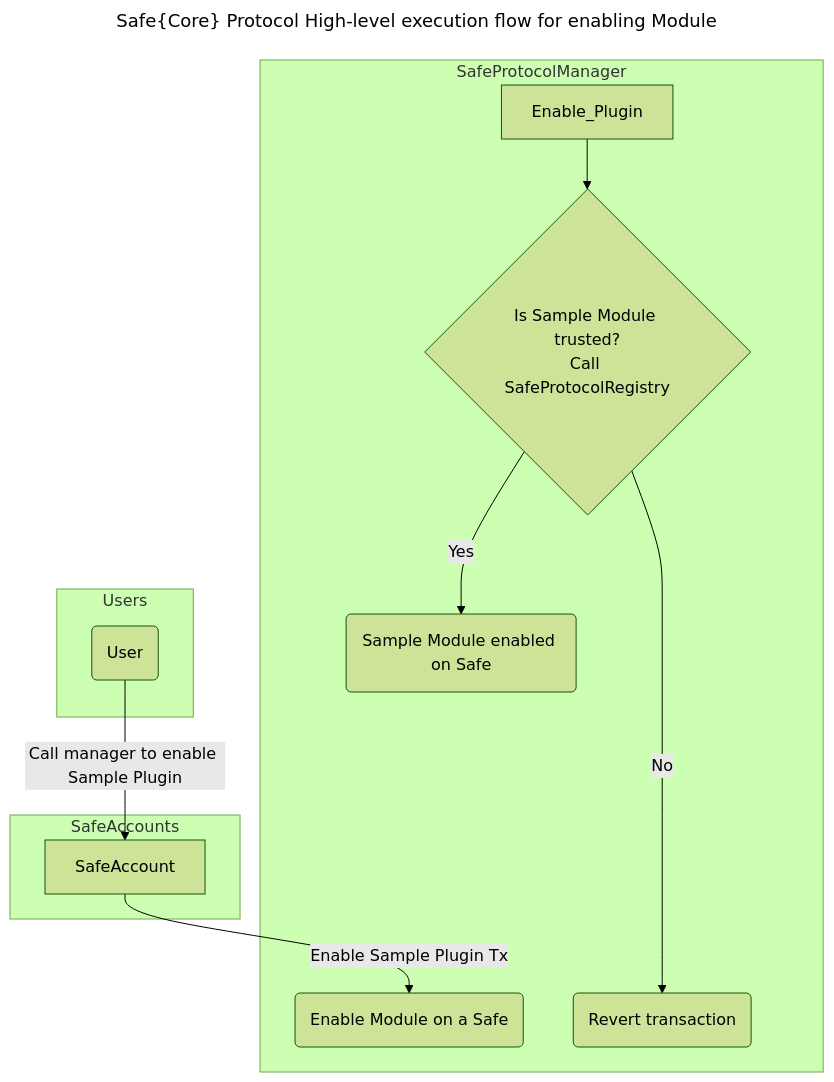
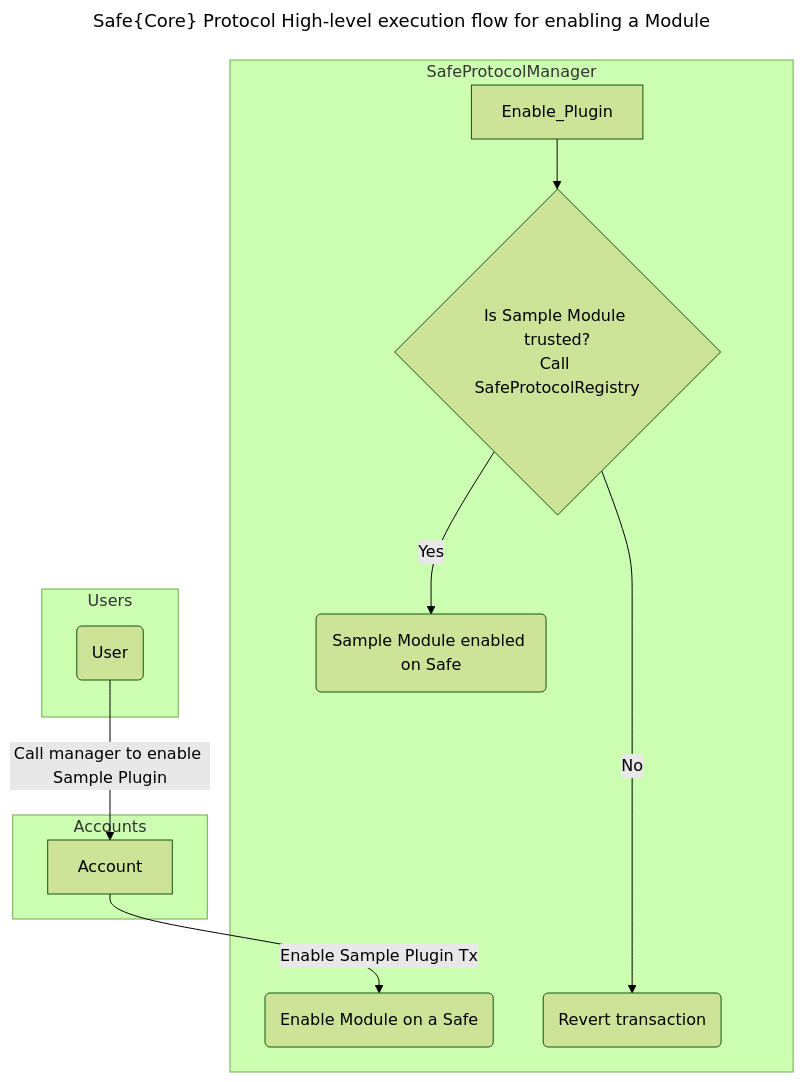
Before and after one commit to 5afe/safe-core-protocol: the first of 5 diagrams in docs/execution_flows.md, drawn with Mermaid (forest theme). The commit also changed other lines of this file and 14 other files, not shown here.

First line of the commit message:
Feat: remove references to a Safe{Core} Protocol account as Safe (#100)

````diff
--- a/docs/execution_flows.md
+++ b/docs/execution_flows.md
@@ -7,20 +7,20 @@
 ```mermaid
 ---
-title: Safe{Core} Protocol High-level execution flow for enabling Module
+title: Safe{Core} Protocol High-level execution flow for enabling a Module
 ---
 flowchart TD;
 subgraph Users
    User(User)
 end
 
-subgraph SafeAccounts
-   User(User) -->|Call manager to enable Sample Plugin| SafeAccount
+subgraph Accounts
+   User(User) -->|Call manager to enable Sample Plugin| Account
 end
 
 subgraph SafeProtocolManager
-    SafeAccount -->|Enable Sample Plugin Tx| Enable_Module(Enable Module on a Safe)
+    Account -->|Enable Sample Plugin Tx| Enable_Module(Enable Module on a Safe)
     Enable_Plugin --> Validator{Is Sample Module trusted?<br>Call SafeProtocolRegistry}
     Validator -- Yes --> C(Sample Module enabled on Safe)
     Validator -- No ----> E(Revert transaction)
 end
 ```
````
